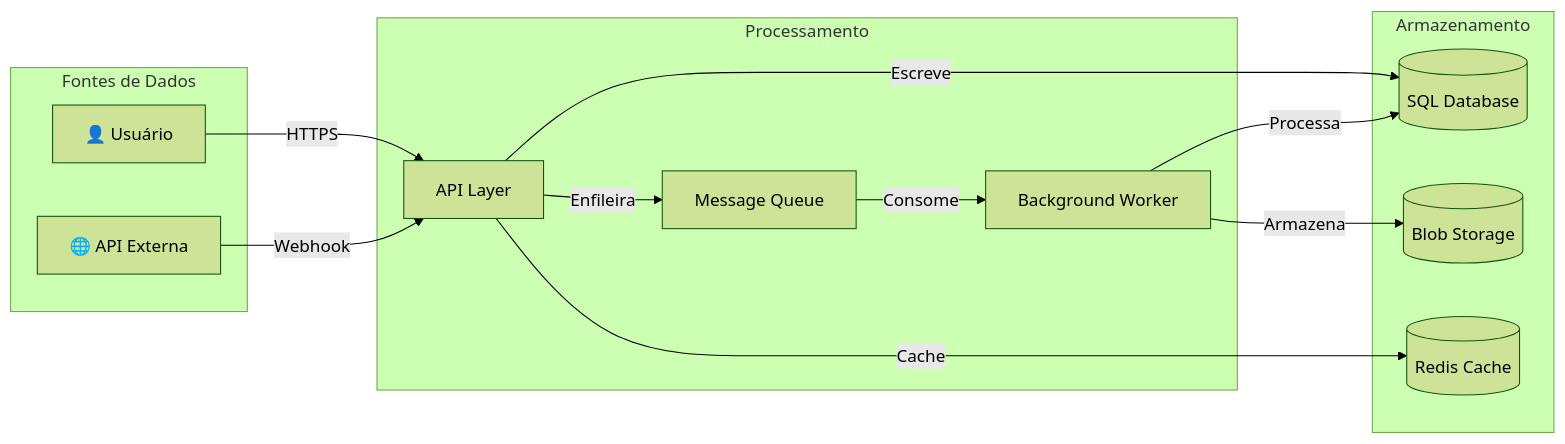
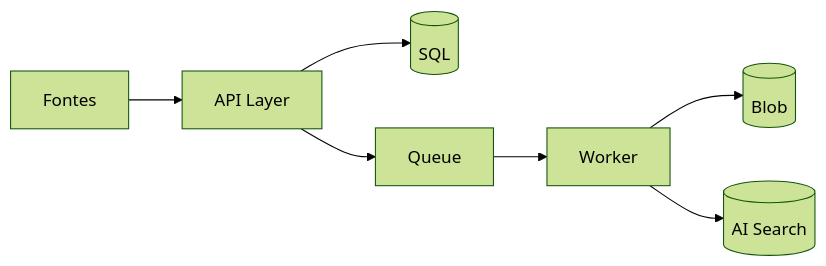
Before and after one commit to juliopessan/DPABB-Framework: the fifth of 10 diagrams in templates/architect/architecture.md, drawn with Mermaid (forest theme). The commit also changed other lines of this file and 16 other files, not shown here.

````diff
--- a/templates/architect/architecture.md
+++ b/templates/architect/architecture.md
@@ -230,28 +143,9 @@
 ```mermaid
 flowchart LR
-  subgraph Sources[Fontes de Dados]
-    U[👤 Usuário]
-    EXT[🌐 API Externa]
-  end
-
-  subgraph Processing[Processamento]
-    API[API Layer]
-    QUEUE[Message Queue]
-    WORKER[Background Worker]
-  end
-
-  subgraph Storage[Armazenamento]
-    DB[(SQL Database)]
-    CACHE[(Redis Cache)]
-    BLOB[(Blob Storage)]
-  end
-
-  U -->|HTTPS| API
-  EXT -->|Webhook| API
-  API -->|Escreve| DB
-  API -->|Enfileira| QUEUE
-  API -->|Cache| CACHE
-  QUEUE -->|Consome| WORKER
-  WORKER -->|Processa| DB
-  WORKER -->|Armazena| BLOB
+  SRC[Fontes] --> API[API Layer]
+  API --> DB[(SQL)]
+  API --> Q[Queue]
+  Q --> W[Worker]
+  W --> B[(Blob)]
+  W --> IDX[(AI Search)]
 ```
````
